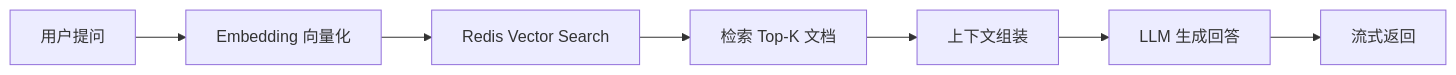
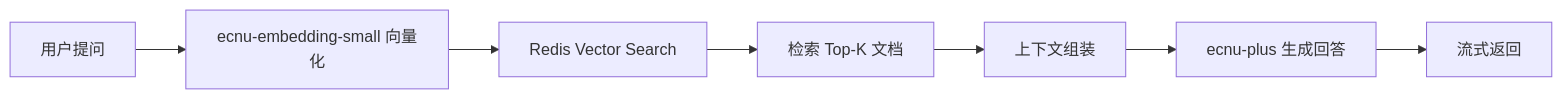
Before and after one commit to Redmoon-2333/HumanResourceOfficial: the second of 2 diagrams in README.md, drawn with Mermaid. The commit also changed other lines of this file and 19 other files, not shown here.

````diff
--- a/README.md
+++ b/README.md
@@ -322,9 +333,9 @@
 ```mermaid
 flowchart LR
-    A[用户提问] --> B[Embedding 向量化]
+    A[用户提问] --> B[ecnu-embedding-small 向量化]
     B --> C[Redis Vector Search]
     C --> D[检索 Top-K 文档]
     D --> E[上下文组装]
-    E --> F[LLM 生成回答]
+    E --> F[ecnu-plus 生成回答]
     F --> G[流式返回]
 ```
````
